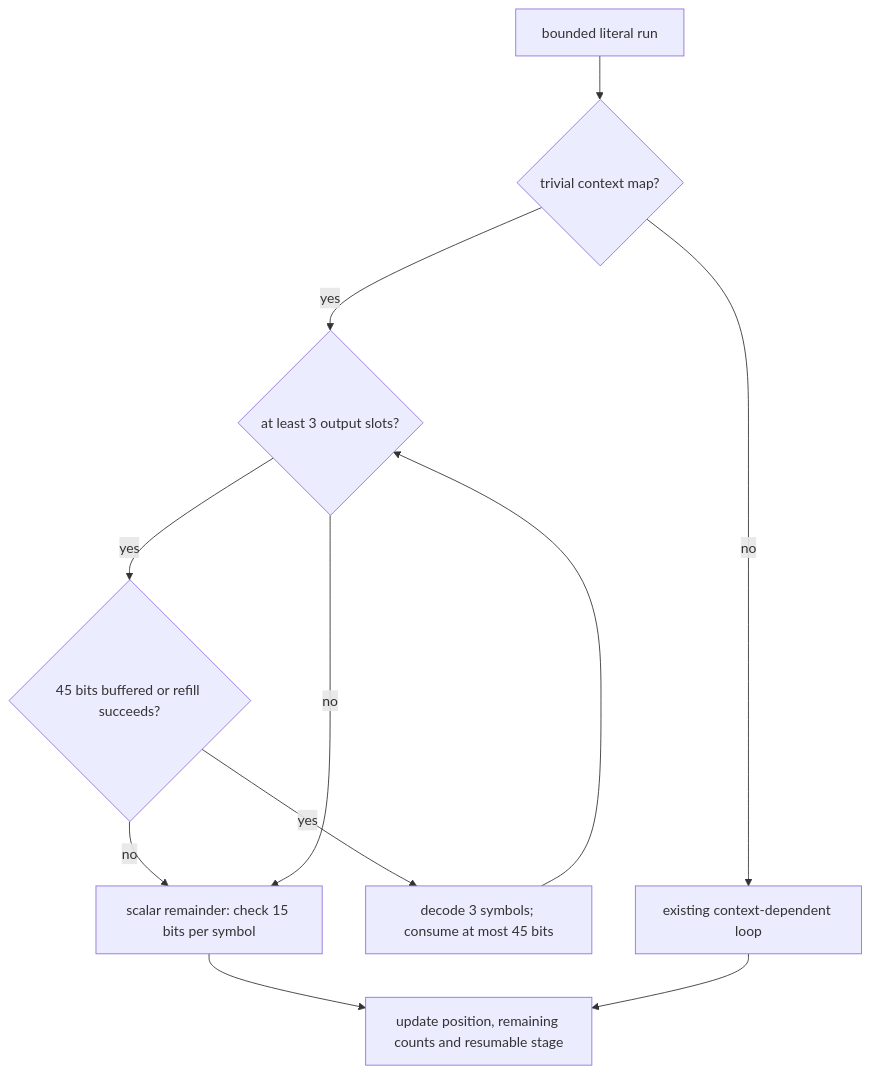
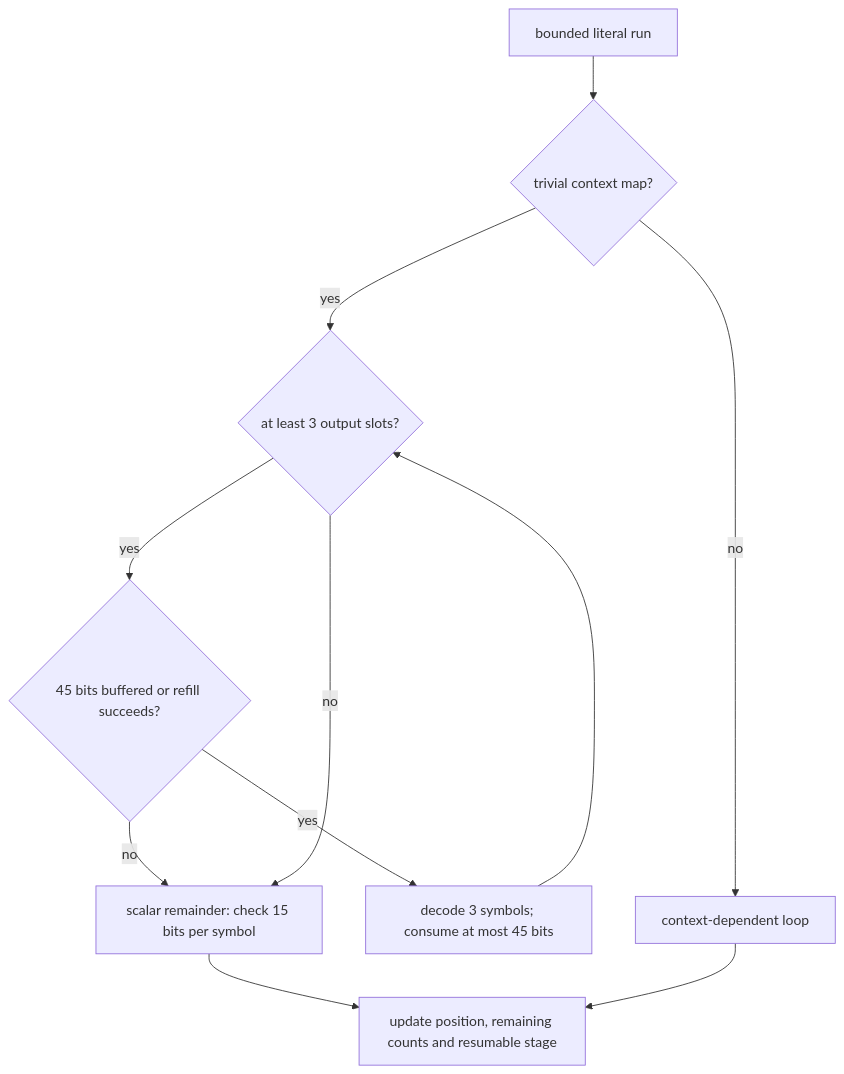
The first of 2 diagrams in architecture/decoder-literal-performance.md (Mnwa/mbrotli), drawn with Mermaid before and after one commit. The commit also changed other lines of this file and 172 other files, not shown here.

````diff
--- a/architecture/decoder-literal-performance.md
+++ b/architecture/decoder-literal-performance.md
@@ -48,13 +16,13 @@
 ```mermaid
 flowchart TD
     Run[bounded literal run] --> Context{trivial context map?}
-    Context -->|no| Existing[existing context-dependent loop]
+    Context -->|no| Existing[context-dependent loop]
     Context -->|yes| Batch{at least 3 output slots?}
     Batch -->|yes| Bits{45 bits buffered or refill succeeds?}
     Bits -->|yes| Three[decode 3 symbols; consume at most 45 bits]
     Three --> Batch
     Bits -->|no| Scalar[scalar remainder: check 15 bits per symbol]
     Batch -->|no| Scalar
     Scalar --> State[update position, remaining counts and resumable stage]
     Existing --> State
 ```
````
